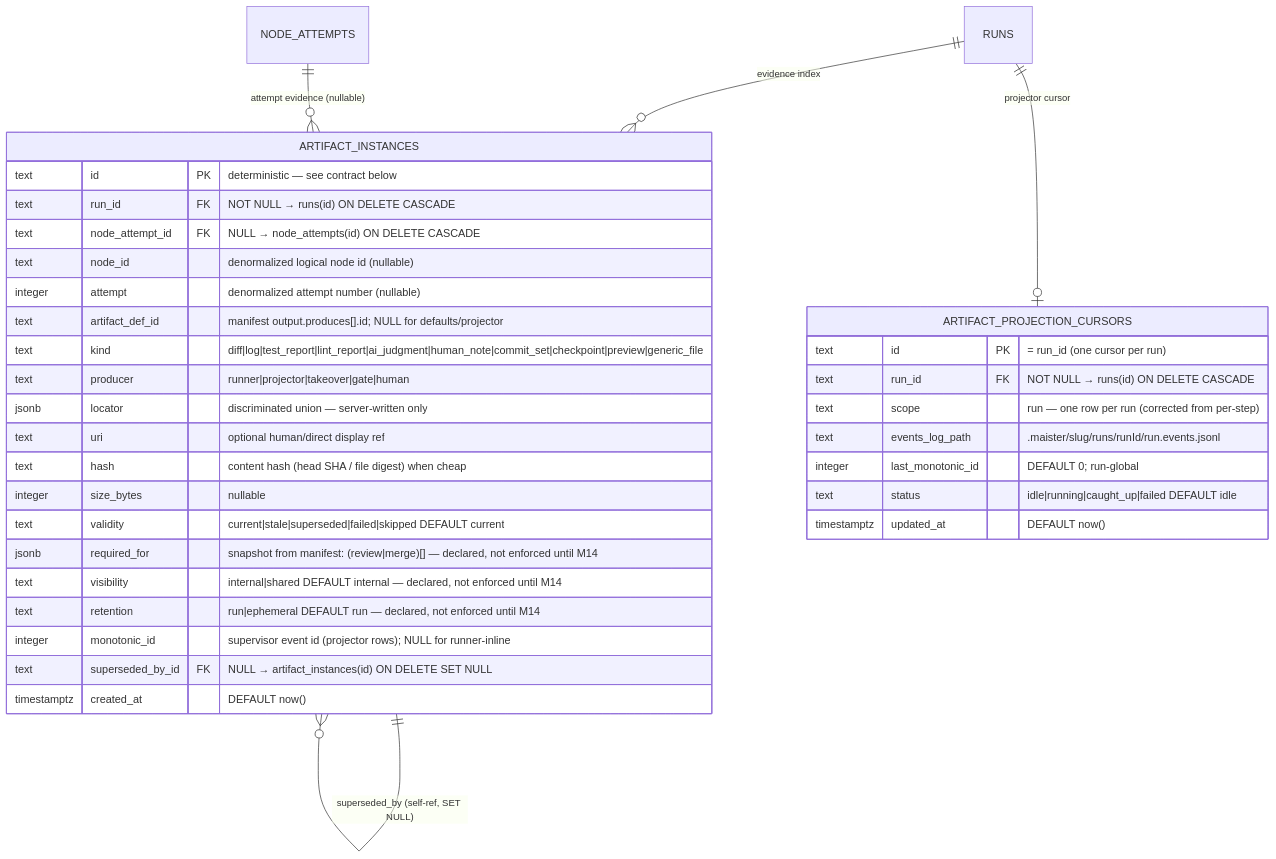
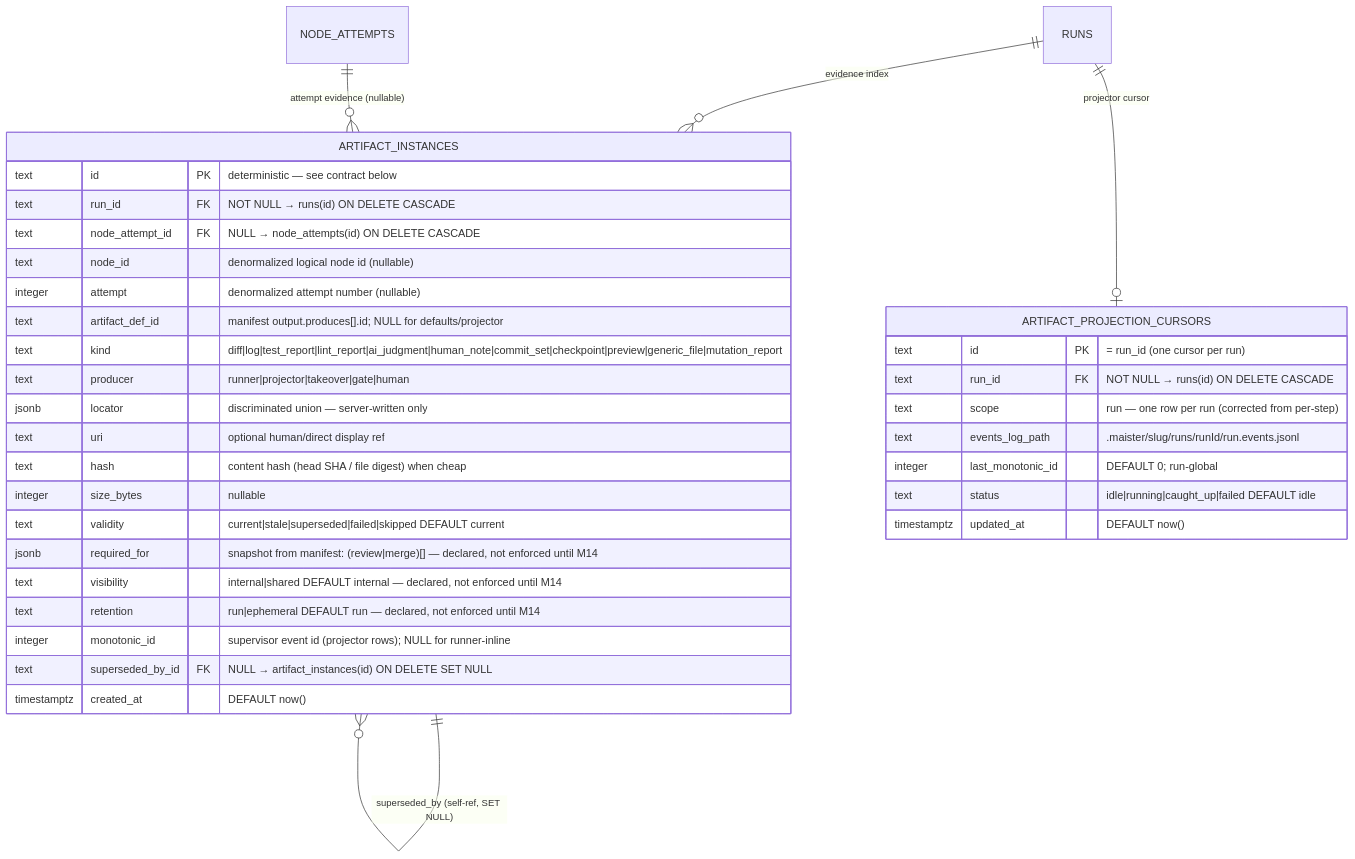
Before and after one commit to maister-dev/maister: the diagram in docs/db/artifacts-domain.md, drawn with Mermaid. The commit also changed other lines of this file and 9 other files, not shown here.

````diff
--- a/docs/db/artifacts-domain.md
+++ b/docs/db/artifacts-domain.md
@@ -11,39 +11,39 @@
 ```mermaid
 erDiagram
     RUNS ||--o{ ARTIFACT_INSTANCES : "evidence index"
     RUNS ||--o| ARTIFACT_PROJECTION_CURSORS : "projector cursor"
     NODE_ATTEMPTS ||--o{ ARTIFACT_INSTANCES : "attempt evidence (nullable)"
     ARTIFACT_INSTANCES ||--o{ ARTIFACT_INSTANCES : "superseded_by (self-ref, SET NULL)"
 
     ARTIFACT_INSTANCES {
         text id PK "deterministic — see contract below"
         text run_id FK "NOT NULL → runs(id) ON DELETE CASCADE"
         text node_attempt_id FK "NULL → node_attempts(id) ON DELETE CASCADE"
         text node_id "denormalized logical node id (nullable)"
         integer attempt "denormalized attempt number (nullable)"
         text artifact_def_id "manifest output.produces[].id; NULL for defaults/projector"
-        text kind "diff|log|test_report|lint_report|ai_judgment|human_note|commit_set|checkpoint|preview|generic_file"
+        text kind "diff|log|test_report|lint_report|ai_judgment|human_note|commit_set|checkpoint|preview|generic_file|mutation_report"
         text producer "runner|projector|takeover|gate|human"
         jsonb locator "discriminated union — server-written only"
         text uri "optional human/direct display ref"
         text hash "content hash (head SHA / file digest) when cheap"
         integer size_bytes "nullable"
         text validity "current|stale|superseded|failed|skipped DEFAULT current"
         jsonb required_for "snapshot from manifest: (review|merge)[] — declared, not enforced until M14"
         text visibility "internal|shared DEFAULT internal — declared, not enforced until M14"
         text retention "run|ephemeral DEFAULT run — declared, not enforced until M14"
         integer monotonic_id "supervisor event id (projector rows); NULL for runner-inline"
         text superseded_by_id FK "NULL → artifact_instances(id) ON DELETE SET NULL"
         timestamptz created_at "DEFAULT now()"
     }
 
     ARTIFACT_PROJECTION_CURSORS {
         text id PK "= run_id (one cursor per run)"
         text run_id FK "NOT NULL → runs(id) ON DELETE CASCADE"
         text scope "run — one row per run (corrected from per-step)"
         text events_log_path ".maister/slug/runs/runId/run.events.jsonl"
         integer last_monotonic_id "DEFAULT 0; run-global"
         text status "idle|running|caught_up|failed DEFAULT idle"
         timestamptz updated_at "DEFAULT now()"
     }
 ```
````
